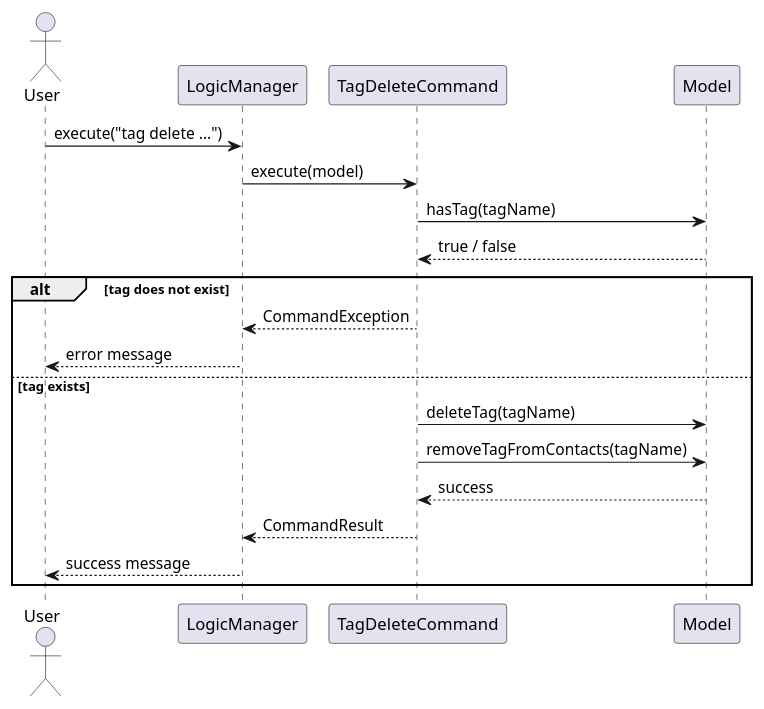
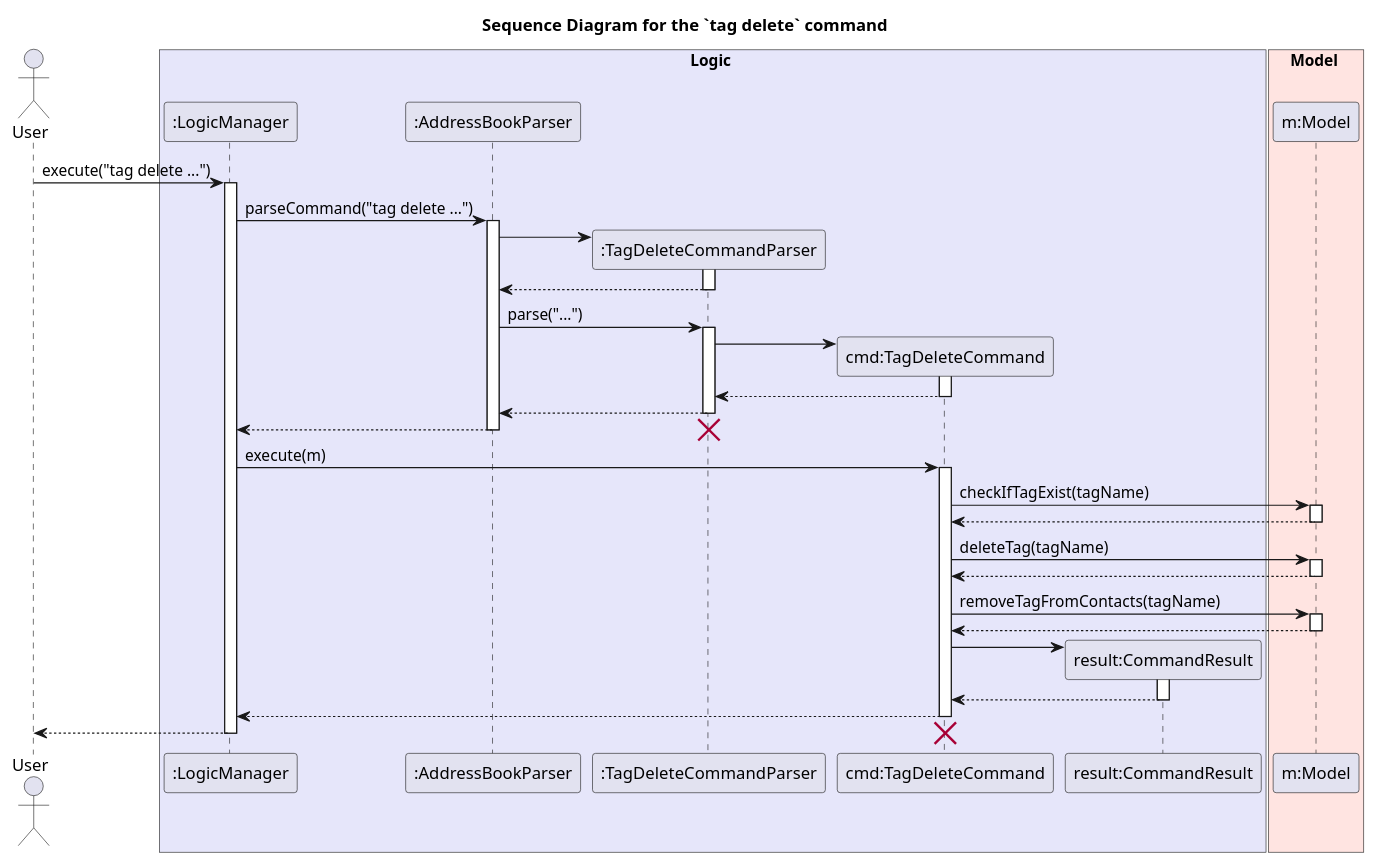
The diagram in diagrams/tag/TagDeleteSequenceDiagram.puml (AY2526S2-CS2103-T11-1/tp), drawn with PlantUML before and after one commit. The commit also changed 43 other files, not shown here.

```diff
--- a/diagrams/tag/TagDeleteSequenceDiagram.puml
+++ b/diagrams/tag/TagDeleteSequenceDiagram.puml
@@ -1,25 +1,79 @@
 @startuml
+title Sequence Diagram for the `tag delete` command
 
 actor User
-participant "LogicManager" as Logic
-participant "TagDeleteCommand" as Command
-participant "Model" as Model
+
+box Logic #E6E6FA
+participant ":LogicManager" as Logic
+participant ":AddressBookParser" as ABParser
+participant ":TagDeleteCommandParser" as Parser
+participant "cmd:TagDeleteCommand" as Command
+participant "result:CommandResult" as Result
+end box
+
+box Model #FFE4E1
+participant "m:Model" as Model
+end box
 
 User -> Logic : execute("tag delete ...")
-Logic -> Command : execute(model)
+activate Logic
 
-Command -> Model : hasTag(tagName)
-Model --> Command : true / false
+Logic -> ABParser : parseCommand("tag delete ...")
+activate ABParser
 
-alt tag does not exist
-    Command --> Logic : CommandException
-    Logic --> User : error message
-else tag exists
-    Command -> Model : deleteTag(tagName)
-    Command -> Model : removeTagFromContacts(tagName)
-    Model --> Command : success
-    Command --> Logic : CommandResult
-    Logic --> User : success message
-end
+create Parser
+ABParser -> Parser
+activate Parser
+
+ABParser <-- Parser
+deactivate Parser
+
+ABParser -> Parser : parse("...")
+activate Parser
+
+create Command
+Parser -> Command
+activate Command
+
+Parser <-- Command
+deactivate Command
+
+ABParser <-- Parser
+deactivate Parser
+
+Logic <-- ABParser
+destroy Parser
+deactivate ABParser
+
+Logic -> Command : execute(m)
+activate Command
+
+Command -> Model : checkIfTagExist(tagName)
+activate Model
+Model --> Command
+deactivate Model
+
+Command -> Model : deleteTag(tagName)
+activate Model
+Model --> Command
+deactivate Model
+
+Command -> Model : removeTagFromContacts(tagName)
+activate Model
+Model --> Command
+deactivate Model
+
+create Result
+Command -> Result
+activate Result
+Result --> Command
+deactivate Result
+
+Logic <-- Command
+deactivate Command
+
+User <-- Logic
+destroy Command
+deactivate Logic
 
 @enduml
```
